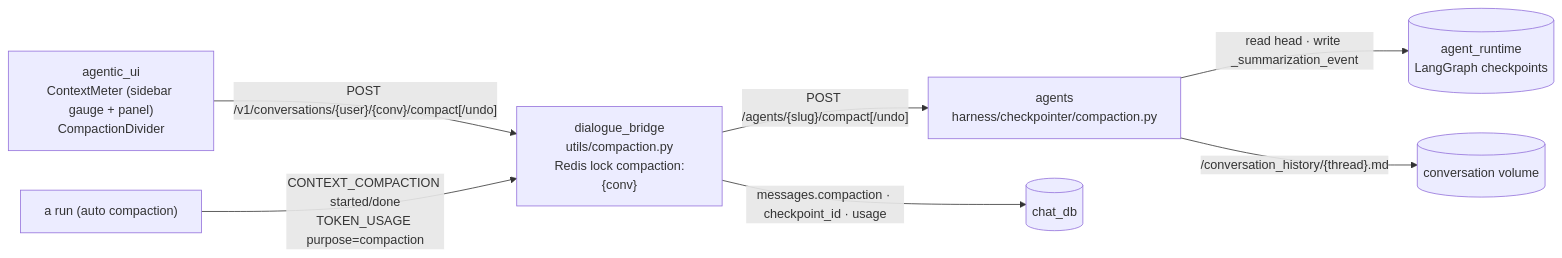
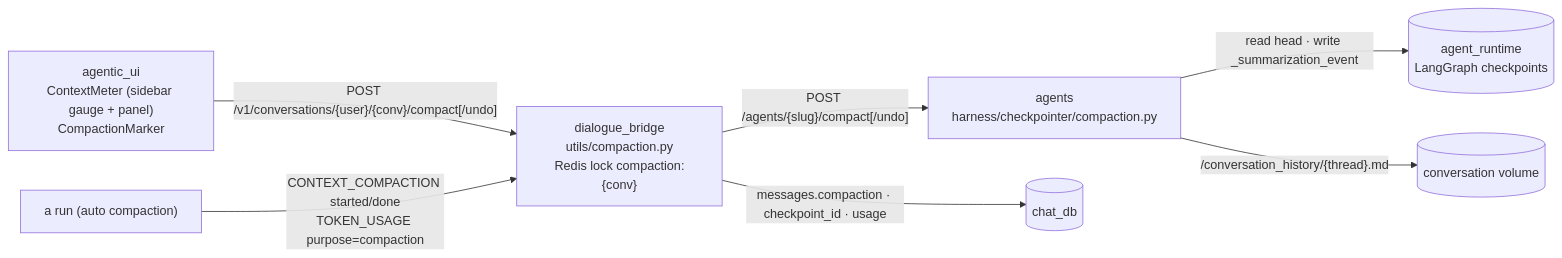
The first of 2 diagrams in docs/flows/context-compaction.md (konstantinosmpouros/mAgenticX), drawn with Mermaid before and after one commit. The commit also changed other lines of this file and 137 other files, not shown here.

Commit message:
feat(agents,dialogue_bridge,agentic_ui): cite the pages search tools return with live inline citations, a Sources panel and favicon chips for any MCP search server, mark finished sub-agents like compactions, and title a finished chain of thought by its last step

````diff
--- a/docs/flows/context-compaction.md
+++ b/docs/flows/context-compaction.md
@@ -35,9 +35,9 @@
 ```mermaid
 flowchart LR
-    UI["agentic_ui<br/>ContextMeter (sidebar gauge + panel)<br/>CompactionDivider"] -->|"POST /v1/conversations/{user}/{conv}/compact[/undo]"| BR["dialogue_bridge<br/>utils/compaction.py<br/>Redis lock compaction:{conv}"]
+    UI["agentic_ui<br/>ContextMeter (sidebar gauge + panel)<br/>CompactionMarker"] -->|"POST /v1/conversations/{user}/{conv}/compact[/undo]"| BR["dialogue_bridge<br/>utils/compaction.py<br/>Redis lock compaction:{conv}"]
     BR -->|"POST /agents/{slug}/compact[/undo]"| AG["agents<br/>harness/checkpointer/compaction.py"]
     AG -->|"read head · write _summarization_event"| CK[("agent_runtime<br/>LangGraph checkpoints")]
     AG -->|"/conversation_history/{thread}.md"| FS[("conversation volume")]
     BR -->|"messages.compaction · checkpoint_id · usage"| DB[("chat_db")]
     RUN["a run (auto compaction)"] -->|"CONTEXT_COMPACTION started/done<br/>TOKEN_USAGE purpose=compaction"| BR
 ```
````
